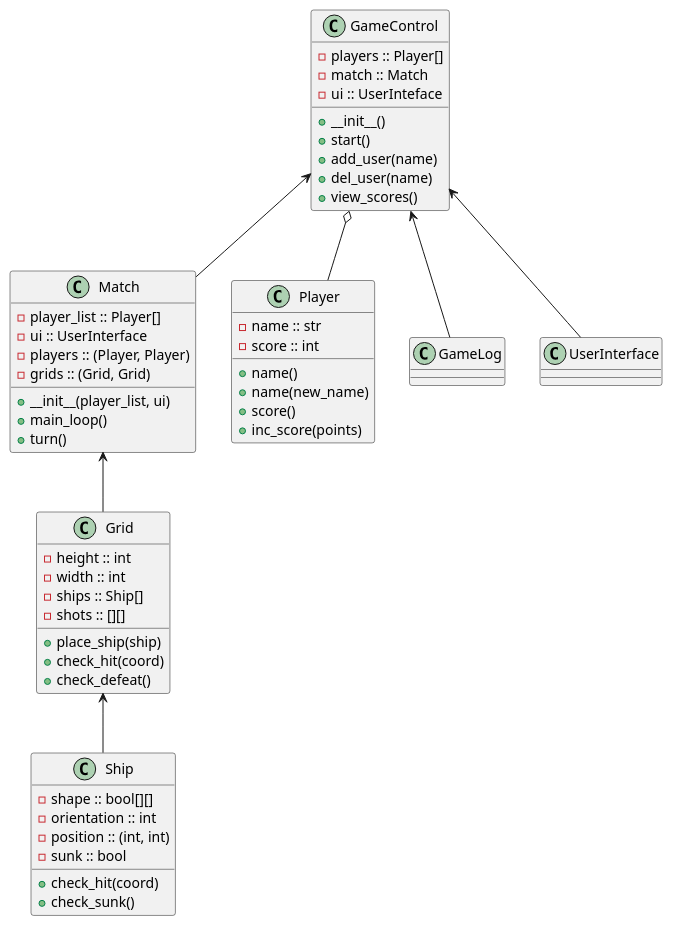
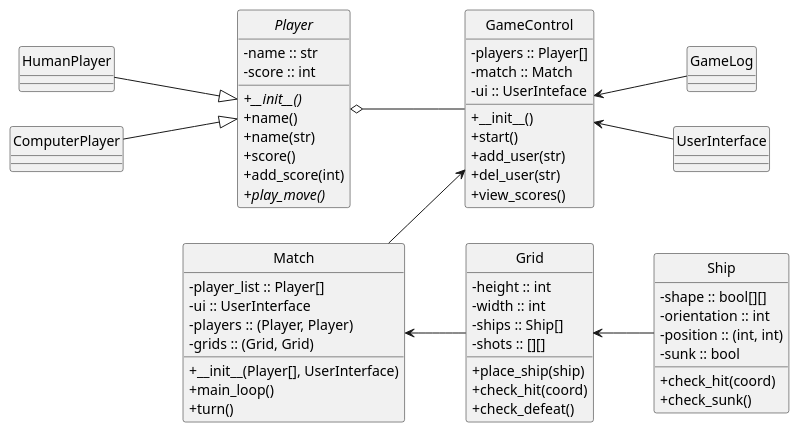
One commit to leoniro/battleship changed the diagram in uml_diagram.puml. Above: the diagram before and after it, drawn with PlantUML. The commit also changed 10 other files, not shown here.

Commit message:
diagrama atualizado

```diff
--- a/uml_diagram.puml
+++ b/uml_diagram.puml
@@ -1,62 +1,74 @@
 @startuml battleship_class_diagram
+
+skinparam classAttributeIconSize 0
+left to right direction
+hide circle
 
 class GameControl {
     - players :: Player[]
     - match :: Match
     - ui :: UserInteface
     + __init__()
     + start()
-    + add_user(name)
-    + del_user(name)
+    + add_user(str)
+    + del_user(str)
     + view_scores()
 }
 
 class Grid {
     - height :: int
     - width :: int
     - ships :: Ship[]
     - shots :: [][]
     + place_ship(ship)
     + check_hit(coord)
     + check_defeat()
 }
 class Match {
     - player_list :: Player[]
     - ui :: UserInterface
     - players :: (Player, Player) {field} 
     - grids :: (Grid, Grid) {field}
-    + __init__(player_list, ui)
+    + __init__(Player[], UserInterface)
     + main_loop()
     + turn()
 }
-class Player {
+abstract class Player {
     - name :: str
     - score :: int
+    + __init__() {abstract}
     + name()
-    + name(new_name)
+    + name(str)
     + score()
-    + inc_score(points)
+    + add_score(int)
+    + play_move() {abstract}
 }
 
 class Ship {
     - shape :: bool[][]
     - orientation :: int
     - position :: (int, int) {field}
     - sunk :: bool
     + check_hit(coord)
     + check_sunk()
 }
 
 class GameLog {}
 class UserInterface {}
+class HumanPlayer {}
+class ComputerPlayer {}
 
 GameControl <-- GameLog
-GameControl <-- Match
-GameControl o-- Player
 GameControl <-- UserInterface
 
+Player o-- GameControl
+
+HumanPlayer --|> Player
+ComputerPlayer --|> Player
+
+Match --> GameControl
 Match <-- Grid
 
 Grid <-- Ship
 
 @enduml
```
